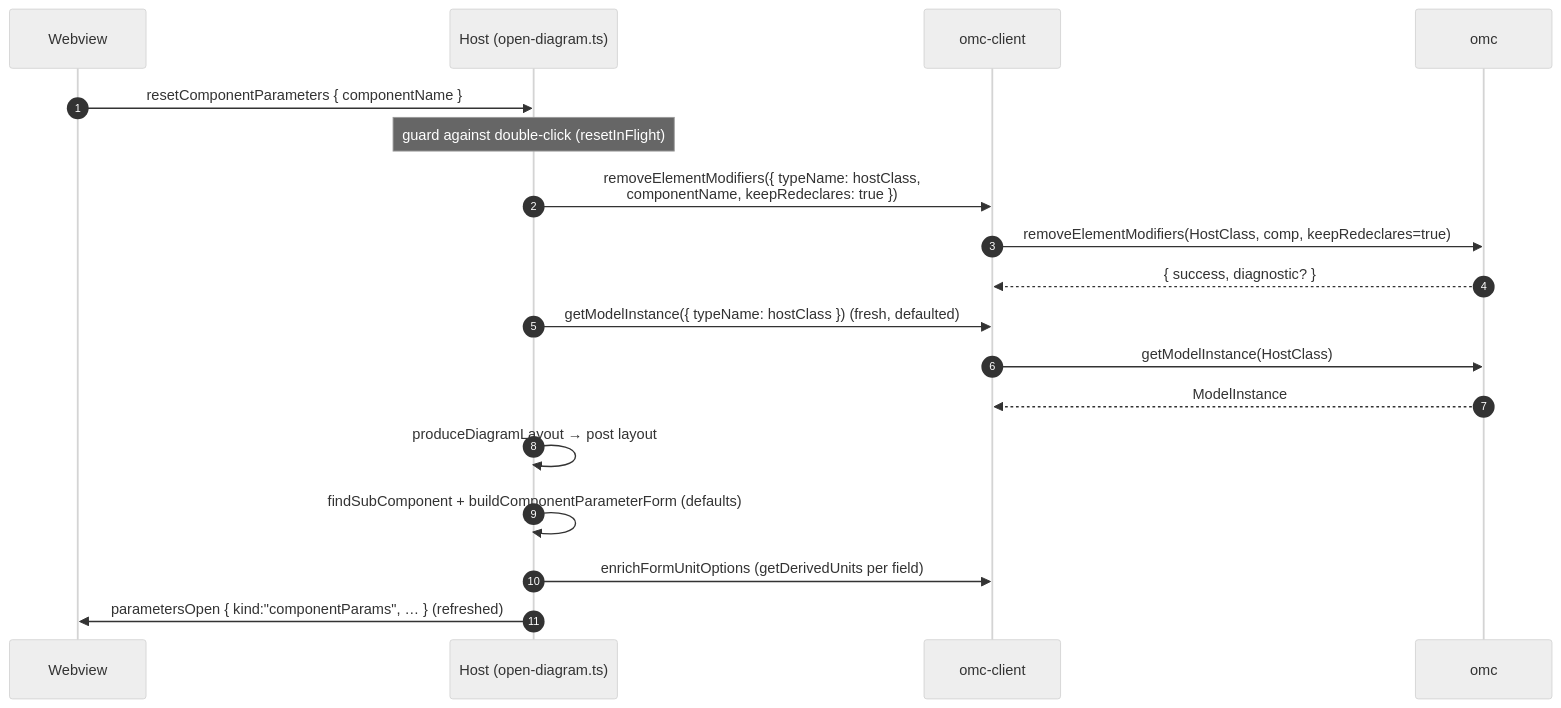
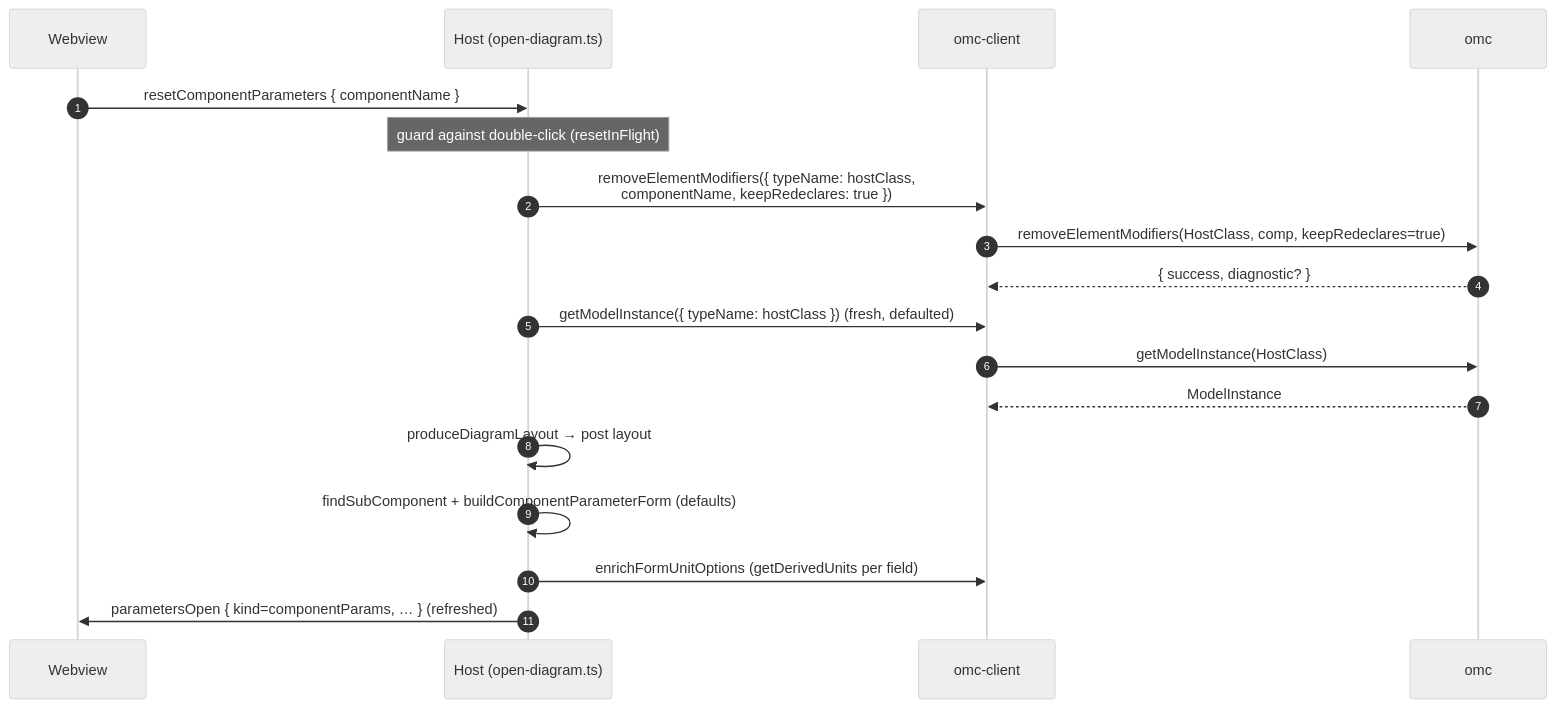
One commit to dicode-ayo/modelica-wrapper changed the fifth of 5 diagrams in docs/parameter-panel.md. Above: the diagram before and after it, drawn with Mermaid (neutral theme). The commit also changed other lines of this file and 3 other files, not shown here.

````diff
--- a/docs/parameter-panel.md
+++ b/docs/parameter-panel.md
@@ -265,21 +265,21 @@
 ```mermaid
 sequenceDiagram
     autonumber
     participant W as Webview
     participant H as Host (open-diagram.ts)
     participant C as omc-client
     participant O as omc
 
     W->>H: resetComponentParameters { componentName }
     Note over H: guard against double-click (resetInFlight)
     H->>C: removeElementModifiers({ typeName: hostClass,<br/>componentName, keepRedeclares: true })
     C->>O: removeElementModifiers(HostClass, comp, keepRedeclares=true)
     O-->>C: { success, diagnostic? }
     H->>C: getModelInstance({ typeName: hostClass })  (fresh, defaulted)
     C->>O: getModelInstance(HostClass)
     O-->>C: ModelInstance
     H->>H: produceDiagramLayout → post layout
     H->>H: findSubComponent + buildComponentParameterForm (defaults)
     H->>C: enrichFormUnitOptions (getDerivedUnits per field)
-    H->>W: parametersOpen { kind:"componentParams", … } (refreshed)
+    H->>W: parametersOpen { kind=componentParams, … } (refreshed)
 ```
````
